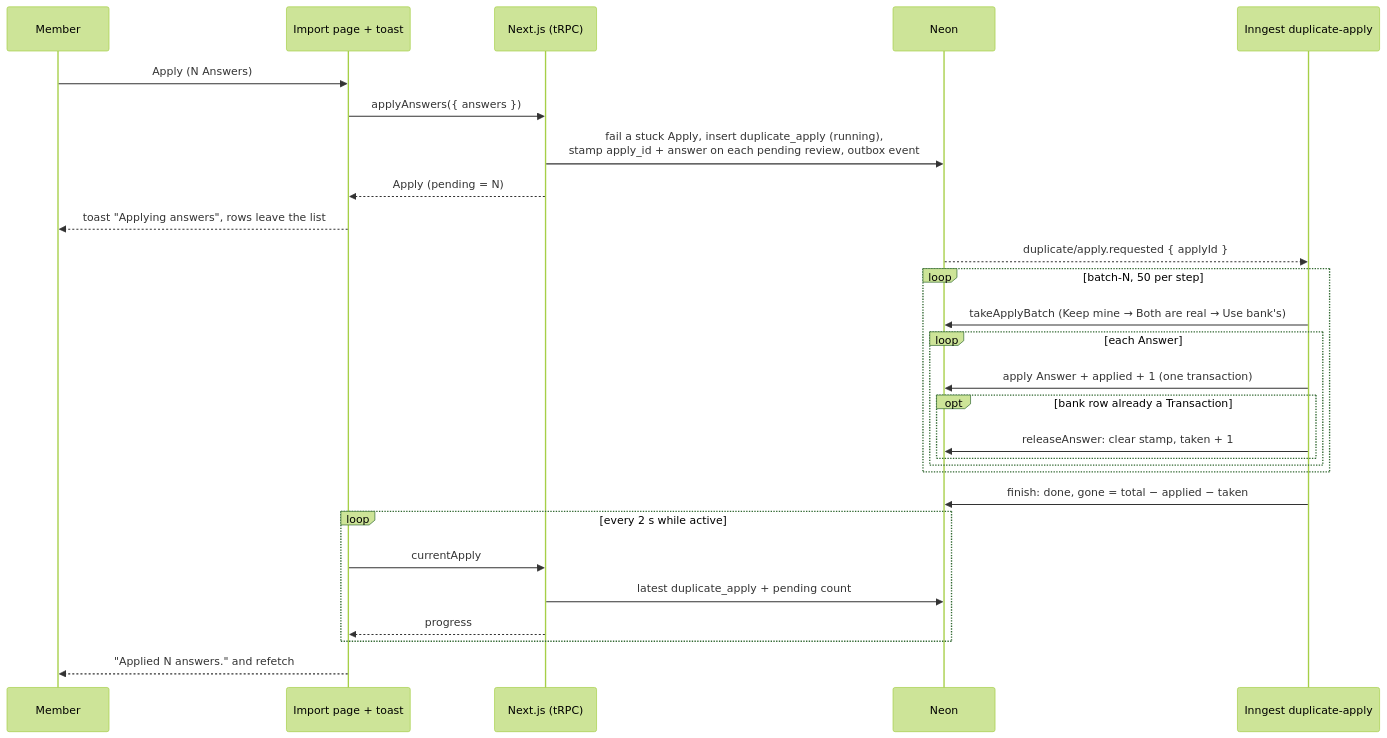
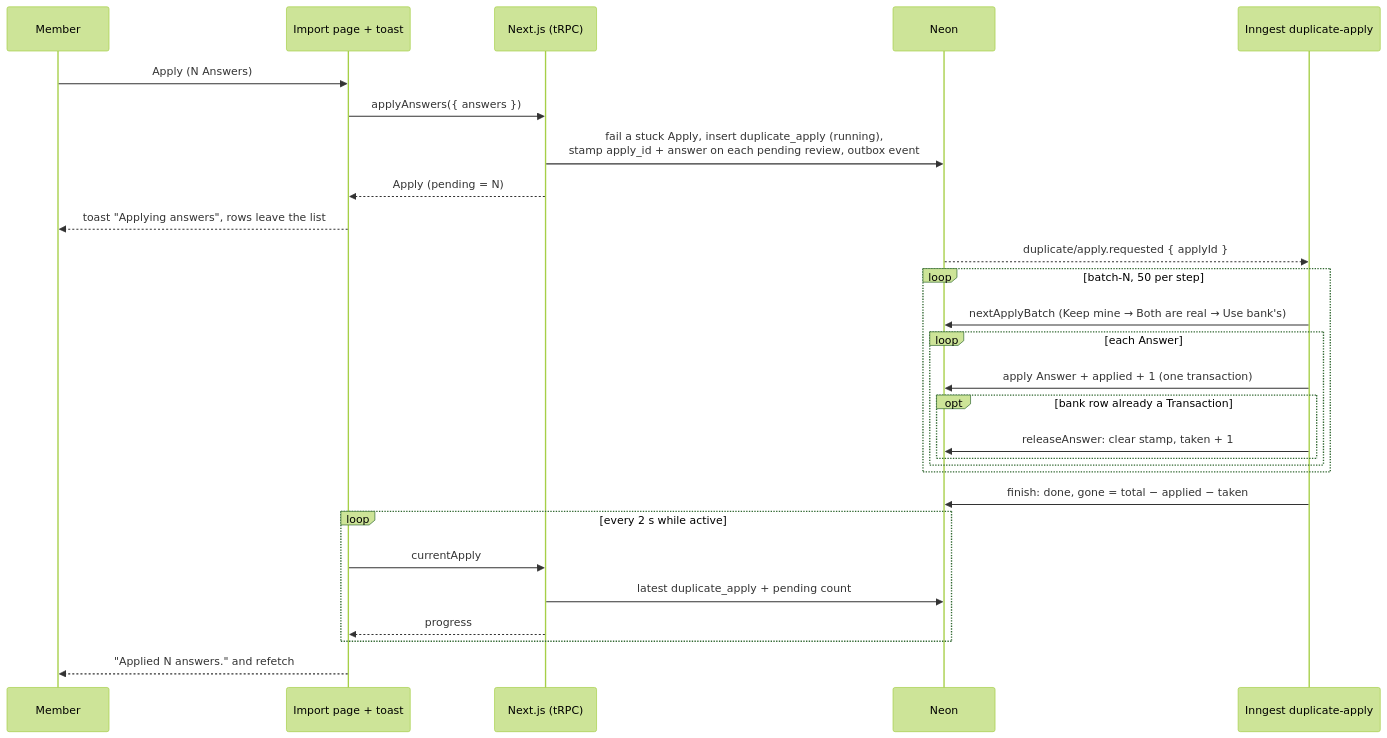
The first of 2 diagrams in docs/feature/async-duplicate-apply.md (samjmarshall/personal-finance), drawn with Mermaid (forest theme) before and after one commit. The commit also changed other lines of this file and 21 other files, not shown here.

````diff
--- a/docs/feature/async-duplicate-apply.md
+++ b/docs/feature/async-duplicate-apply.md
@@ -94,31 +94,31 @@
 ```mermaid
 sequenceDiagram
     participant M as Member
     participant UI as Import page + toast
     participant App as Next.js (tRPC)
     participant DB as Neon
     participant Job as Inngest duplicate-apply
 
     M->>UI: Apply (N Answers)
     UI->>App: applyAnswers({ answers })
     App->>DB: fail a stuck Apply, insert duplicate_apply (running),<br/>stamp apply_id + answer on each pending review, outbox event
     App-->>UI: Apply (pending = N)
     UI-->>M: toast "Applying answers", rows leave the list
     DB-->>Job: duplicate/apply.requested { applyId }
     loop batch-N, 50 per step
-        Job->>DB: takeApplyBatch (Keep mine → Both are real → Use bank's)
+        Job->>DB: nextApplyBatch (Keep mine → Both are real → Use bank's)
         loop each Answer
             Job->>DB: apply Answer + applied + 1 (one transaction)
             opt bank row already a Transaction
                 Job->>DB: releaseAnswer: clear stamp, taken + 1
             end
         end
     end
     Job->>DB: finish: done, gone = total − applied − taken
     loop every 2 s while active
         UI->>App: currentApply
         App->>DB: latest duplicate_apply + pending count
         App-->>UI: progress
     end
     UI-->>M: "Applied N answers." and refetch
 ```
````
